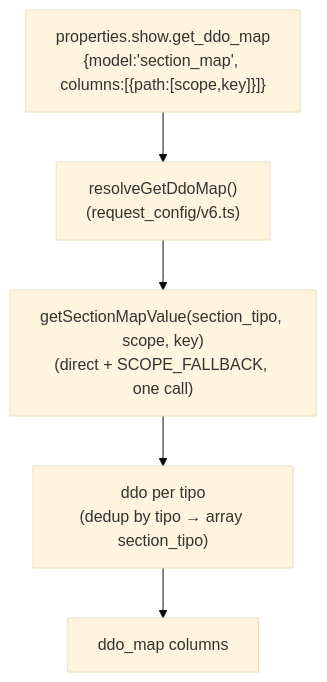
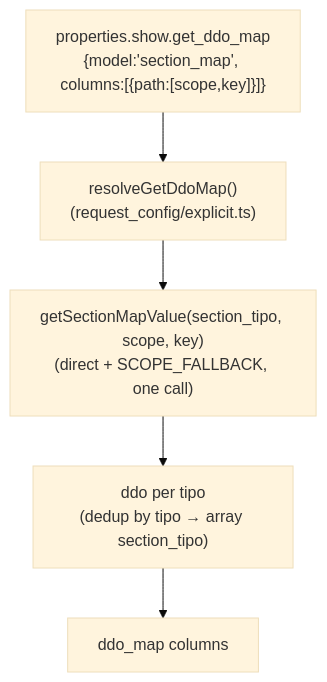
Before and after one commit to renderpci/dedalo: the second of 2 diagrams in docs/core/ontology/section_map.md, drawn with Mermaid (base theme). The commit also changed other lines of this file and 4 other files, not shown here.

First line of the commit message:
docs: update ontology documentation for request_config and hierarchy modules

````diff
--- a/docs/core/ontology/section_map.md
+++ b/docs/core/ontology/section_map.md
@@ -242,8 +242,8 @@
 ```mermaid
 flowchart TD
     PROP["properties.show.get_ddo_map<br/>{model:'section_map', columns:[{path:[scope,key]}]}"]
-    PROP --> RGM["resolveGetDdoMap()<br/>(request_config/v6.ts)"]
+    PROP --> RGM["resolveGetDdoMap()<br/>(request_config/explicit.ts)"]
     RGM --> GSV["getSectionMapValue(section_tipo, scope, key)<br/>(direct + SCOPE_FALLBACK, one call)"]
     GSV --> DDO["ddo per tipo<br/>(dedup by tipo → array section_tipo)"]
     DDO --> MAP["ddo_map columns"]
 ```
````
